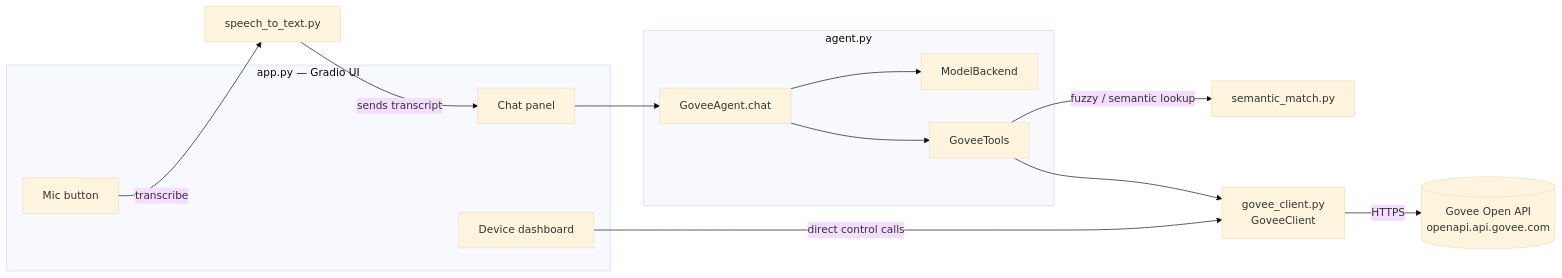
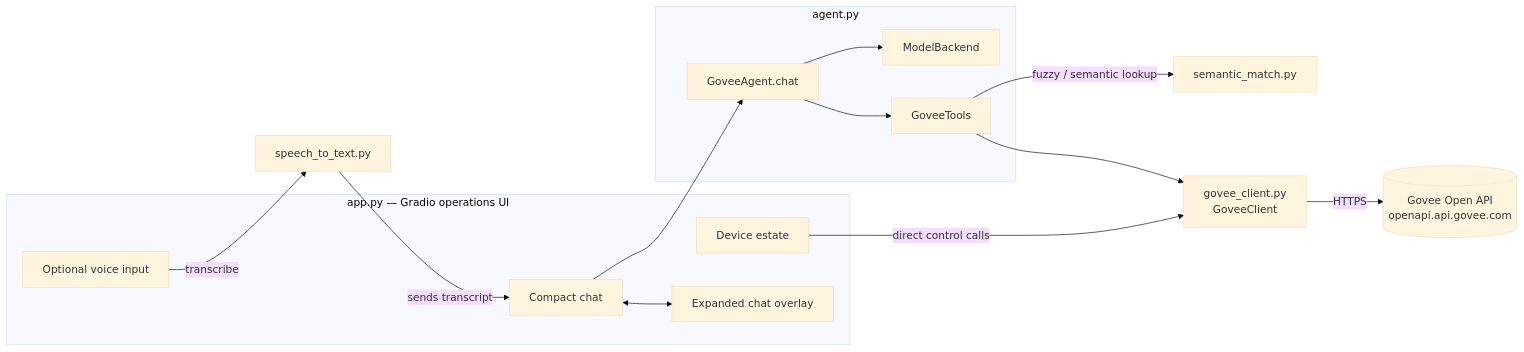
Before and after one commit to NyX3Ton/nyx3ton-project: the first of 4 diagrams in Govee AI Assistant/README.md, drawn with Mermaid (base theme). The commit also changed other lines of this file and 1 other file, not shown here.

````diff
--- a/Govee AI Assistant/README.md
+++ b/Govee AI Assistant/README.md
@@ -109,29 +109,31 @@
 ```mermaid
 flowchart LR
-    subgraph UI["app.py — Gradio UI"]
-        Dash[Device dashboard]
-        Chat[Chat panel]
-        Mic[Mic button]
+    subgraph UI["app.py — Gradio operations UI"]
+        Dash[Device estate]
+        Chat[Compact chat]
+        Overlay[Expanded chat overlay]
+        Mic[Optional voice input]
     end
 
     subgraph Agent["agent.py"]
         GA[GoveeAgent.chat]
         MB[ModelBackend]
         GT[GoveeTools]
     end
 
     SM[semantic_match.py]
     STT[speech_to_text.py]
     GC[govee_client.py<br/>GoveeClient]
     API[(Govee Open API<br/>openapi.api.govee.com)]
 
     Dash -- direct control calls --> GC
     Mic -- transcribe --> STT
     STT -- sends transcript --> Chat
+    Chat <--> Overlay
     Chat --> GA
     GA --> MB
     GA --> GT
     GT -- fuzzy / semantic lookup --> SM
     GT --> GC
     GC -- HTTPS --> API
 ```
````
